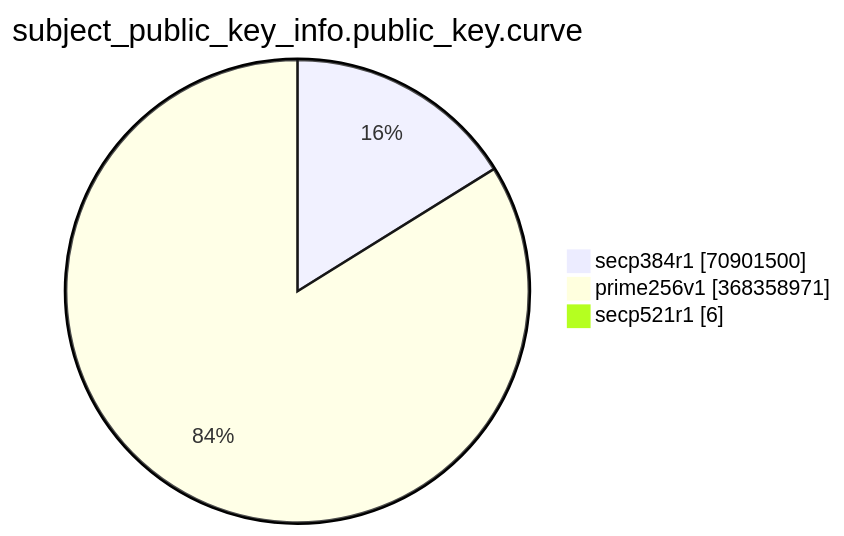
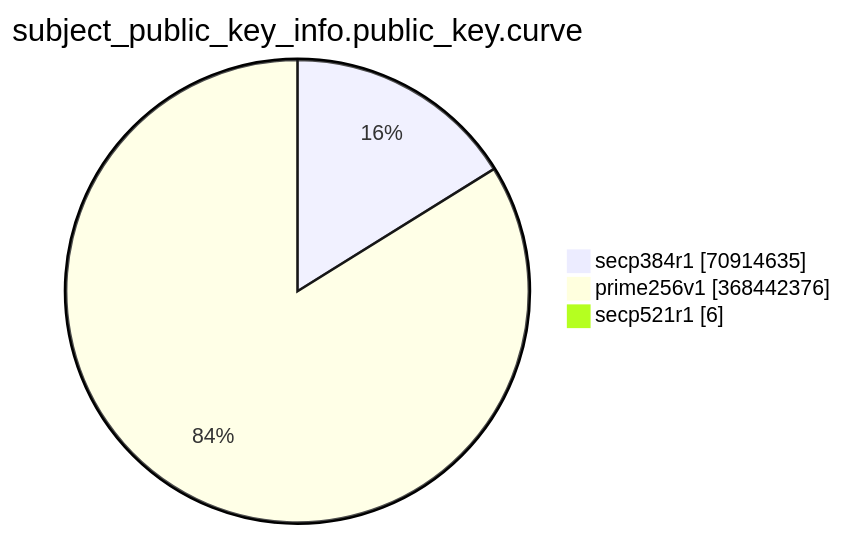
The eighth of 15 diagrams in TOTAL/README.md (christiankrug/ctmonitor_visualization), drawn with Mermaid before and after one commit. The commit also changed other lines of this file, not shown here.

````diff
--- a/TOTAL/README.md
+++ b/TOTAL/README.md
@@ -3094,7 +3094,7 @@
 ```mermaid
 pie showData
 title subject_public_key_info.public_key.curve
-"secp384r1" :70901500
-"prime256v1" :368358971
+"secp384r1" :70914635
+"prime256v1" :368442376
 "secp521r1" :6
 ```
````
